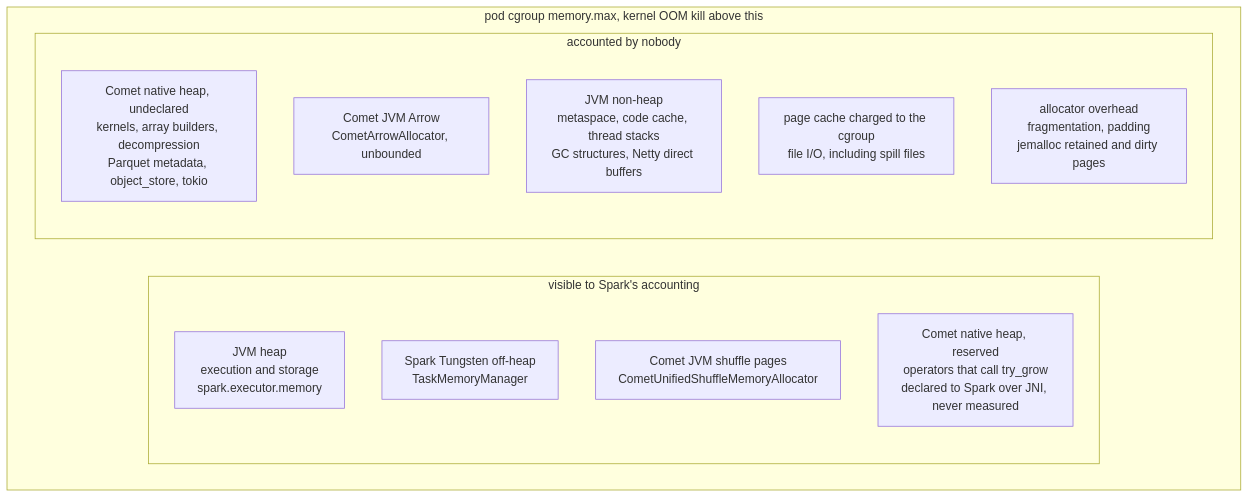
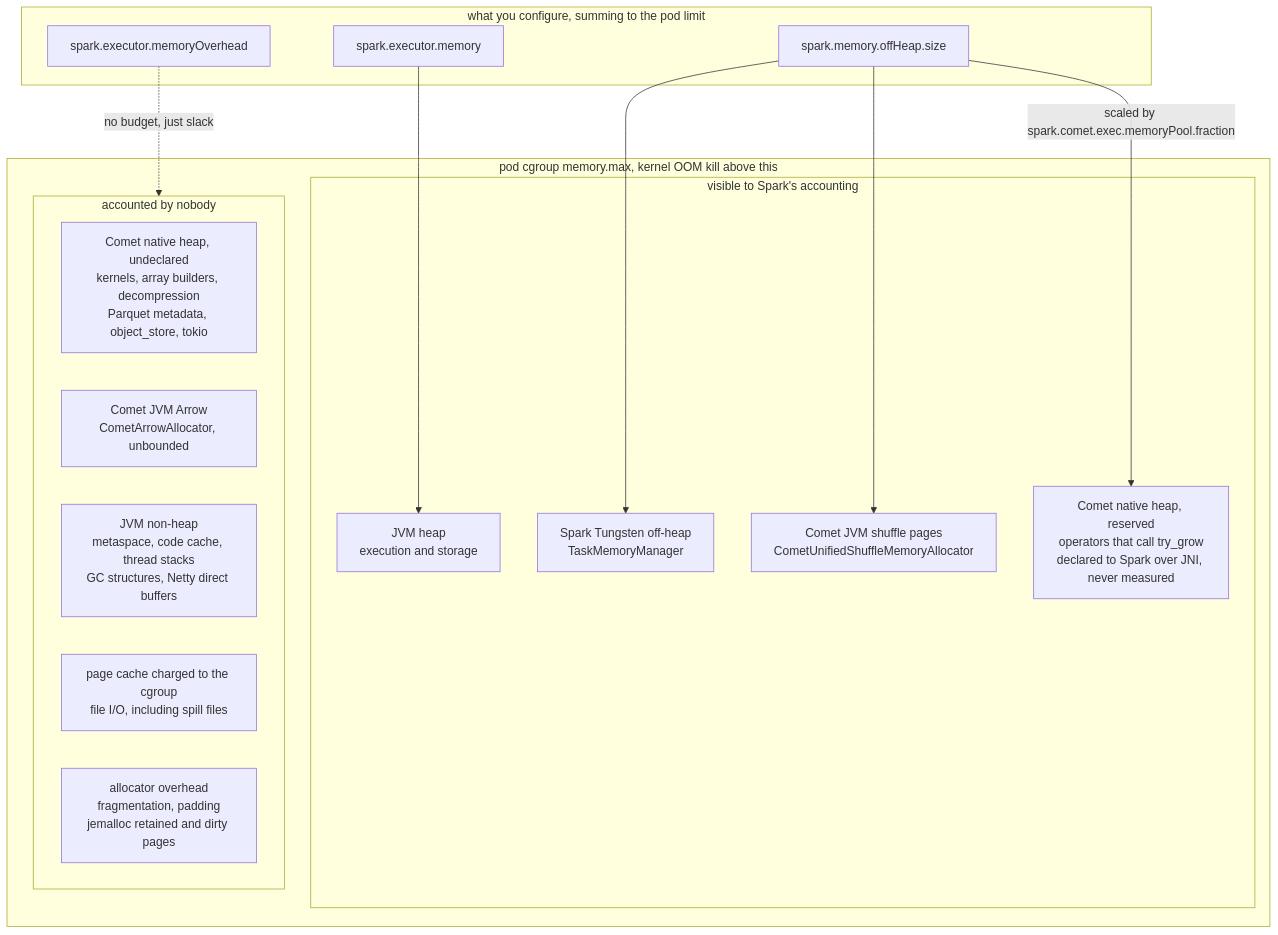
The second of 2 diagrams in docs/source/contributor-guide/memory_management.md (apache/datafusion-comet), drawn with Mermaid before and after one commit. The commit also changed other lines of this file, not shown here.

Commit message:
docs: show which config value sizes each region in the cgroup diagram
The cgroup diagram grouped everything the container counts by who accounts
for it, but said nothing about which setting sizes each region. That left
the two facts the section goes on to state as prose only: that
spark.memory.offHeap.size is inside the pod limit rather than headroom on
top of it, and that spark.executor.memoryOverhead is the container's only
slack.

Add the three configuration values as inputs to the diagram. The edges make
the asymmetry visible: offHeap.size alone sizes three regions, including
Comet's native reservations, which are neither off-heap in Spark's sense nor
allocated by the JVM, while memoryOverhead sizes none of them and only
widens the container enough to absorb the unaccounted group.

Drop spark.executor.memory from the JVM heap node, now that an edge carries it.

````diff
--- a/docs/source/contributor-guide/memory_management.md
+++ b/docs/source/contributor-guide/memory_management.md
@@ -395,18 +395,28 @@
 ```mermaid
 flowchart TB
+  subgraph CFG["what you configure, summing to the pod limit"]
+    EM["spark.executor.memory"]
+    MO["spark.executor.memoryOverhead"]
+    OH["spark.memory.offHeap.size"]
+  end
   subgraph CG["pod cgroup memory.max, kernel OOM kill above this"]
     subgraph SEEN["visible to Spark's accounting"]
-      HEAP["JVM heap<br>execution and storage<br>spark.executor.memory"]
+      HEAP["JVM heap<br>execution and storage"]
       TUNG["Spark Tungsten off-heap<br>TaskMemoryManager"]
       SHUFP["Comet JVM shuffle pages<br>CometUnifiedShuffleMemoryAllocator"]
       NATRES["Comet native heap, reserved<br>operators that call try_grow<br>declared to Spark over JNI, never measured"]
     end
     subgraph NONE["accounted by nobody"]
       NATUND["Comet native heap, undeclared<br>kernels, array builders, decompression<br>Parquet metadata, object_store, tokio"]
       ARROWR["Comet JVM Arrow<br>CometArrowAllocator, unbounded"]
       NONHEAP["JVM non-heap<br>metaspace, code cache, thread stacks<br>GC structures, Netty direct buffers"]
       PAGEC["page cache charged to the cgroup<br>file I/O, including spill files"]
       FRAG["allocator overhead<br>fragmentation, padding<br>jemalloc retained and dirty pages"]
     end
   end
+  EM --> HEAP
+  OH --> TUNG
+  OH --> SHUFP
+  OH -->|"scaled by spark.comet.exec.memoryPool.fraction"| NATRES
+  MO -.->|"no budget, just slack"| NONE
 ```
````
